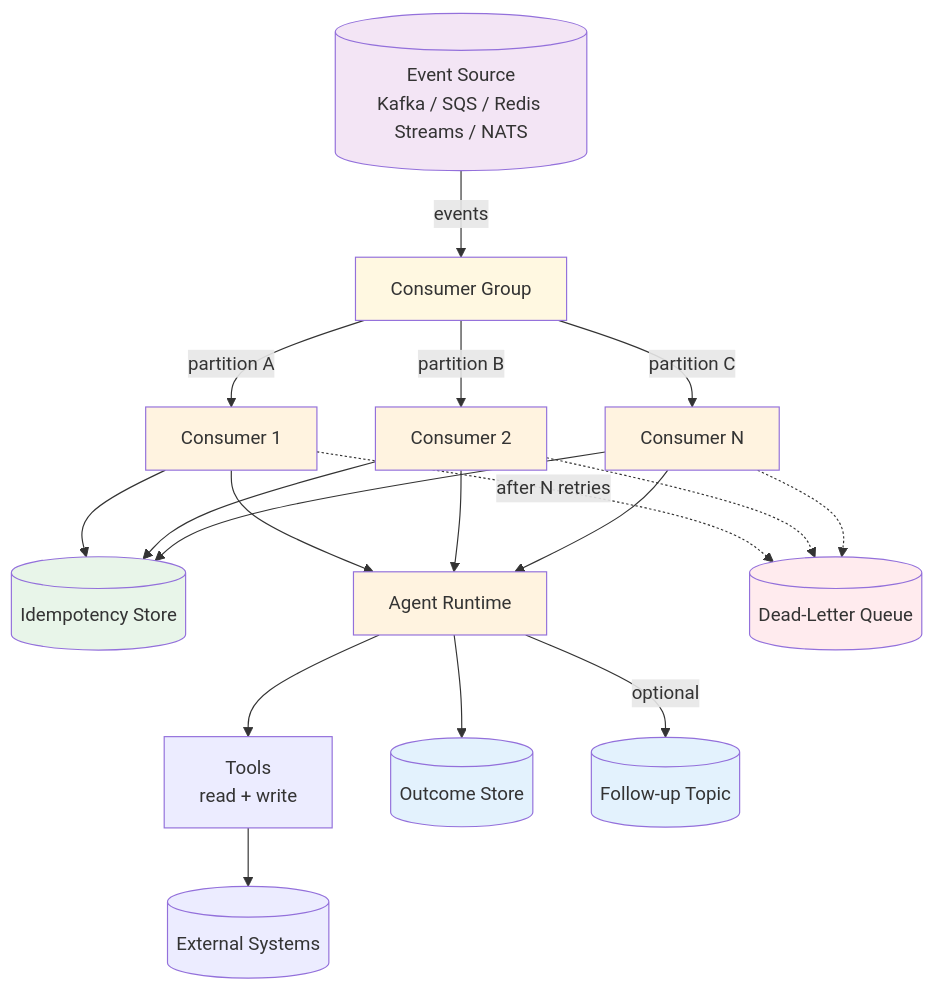
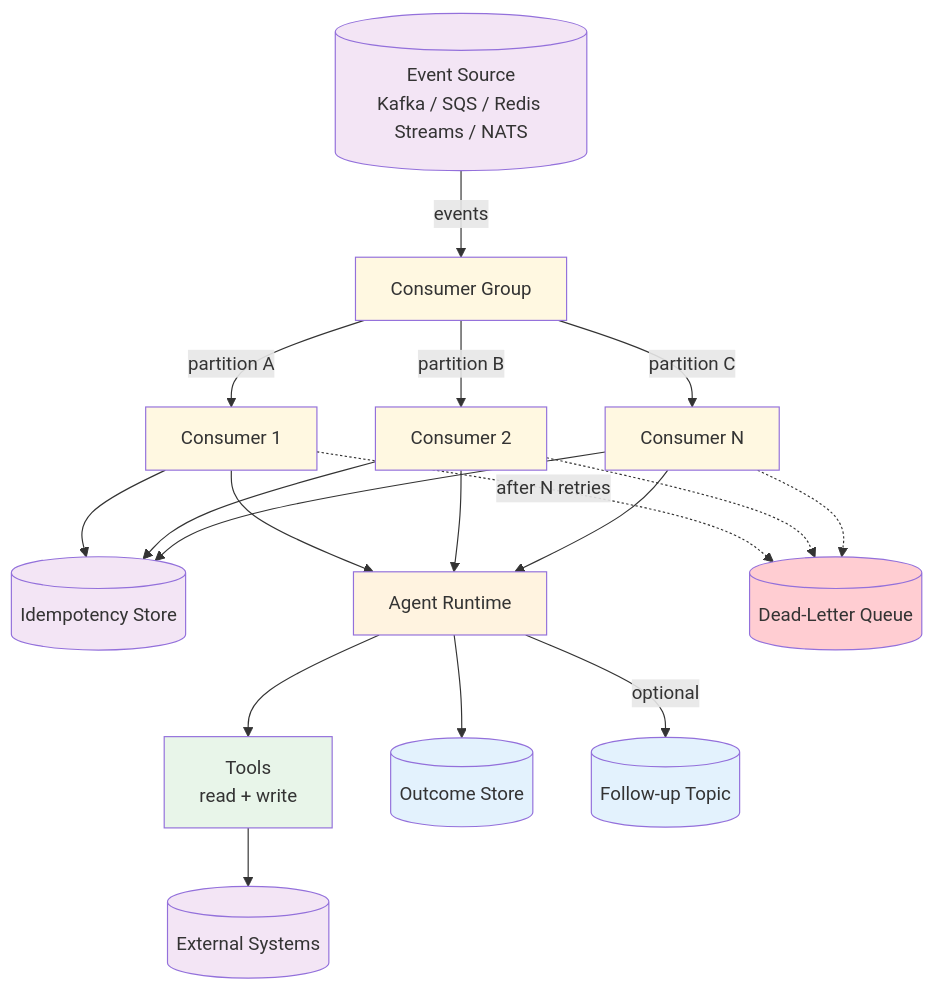
The diagram in patterns/event-driven/design.md (jagguvarma15/agent-blueprints), drawn with Mermaid before and after one commit. The commit also changed 2 other files, not shown here.

Commit message:
bug fixes and improvements

````diff
--- a/patterns/event-driven/design.md
+++ b/patterns/event-driven/design.md
@@ -5,31 +5,33 @@
 ```mermaid
 graph TD
     Source[(Event Source<br/>Kafka / SQS / Redis Streams / NATS)] -->|"events"| Group[Consumer Group]
     Group -->|"partition A"| C1[Consumer 1]
     Group -->|"partition B"| C2[Consumer 2]
     Group -->|"partition C"| C3[Consumer N]
     C1 --> Idem[(Idempotency Store)]
     C2 --> Idem
     C3 --> Idem
     C1 --> Agent[Agent Runtime]
     C2 --> Agent
     C3 --> Agent
     Agent --> Tools[Tools<br/>read + write]
     Tools --> External[(External Systems)]
     Agent --> Outcome[(Outcome Store)]
     Agent -->|"optional"| Emit[(Follow-up Topic)]
     C1 -.->|"after N retries"| DLQ[(Dead-Letter Queue)]
     C2 -.-> DLQ
     C3 -.-> DLQ
 
     style Source fill:#f3e5f5
     style Group fill:#fff8e1
-    style C1 fill:#fff3e0
-    style C2 fill:#fff3e0
-    style C3 fill:#fff3e0
-    style Idem fill:#e8f5e9
+    style C1 fill:#fff8e1
+    style C2 fill:#fff8e1
+    style C3 fill:#fff8e1
+    style Idem fill:#f3e5f5
     style Agent fill:#fff3e0
+    style Tools fill:#e8f5e9
+    style External fill:#f3e5f5
     style Outcome fill:#e3f2fd
     style Emit fill:#e3f2fd
-    style DLQ fill:#ffebee
+    style DLQ fill:#ffcdd2
 ```
````
